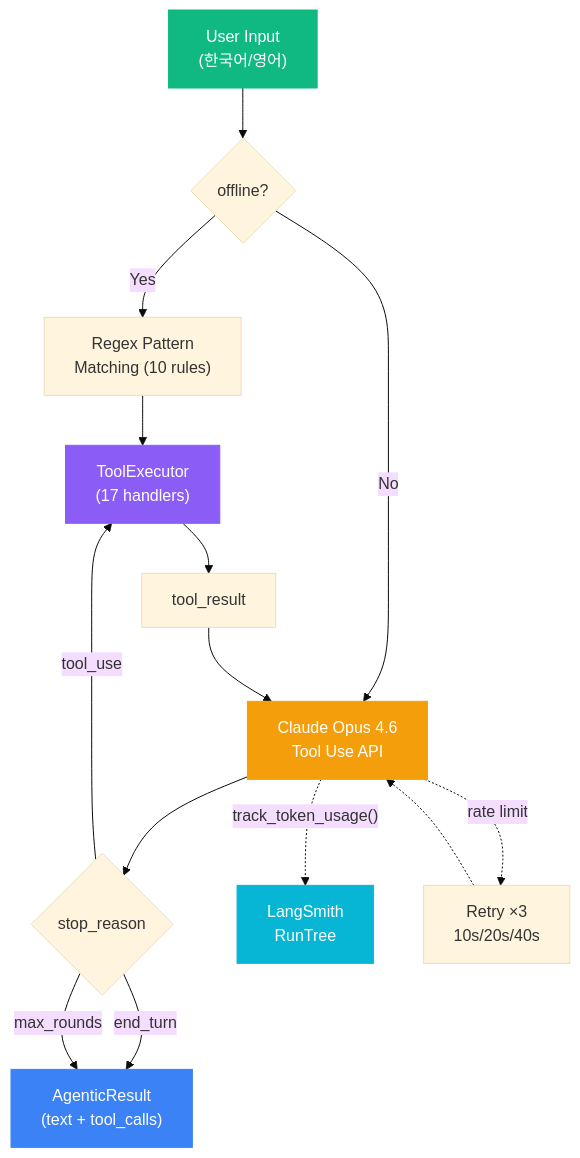
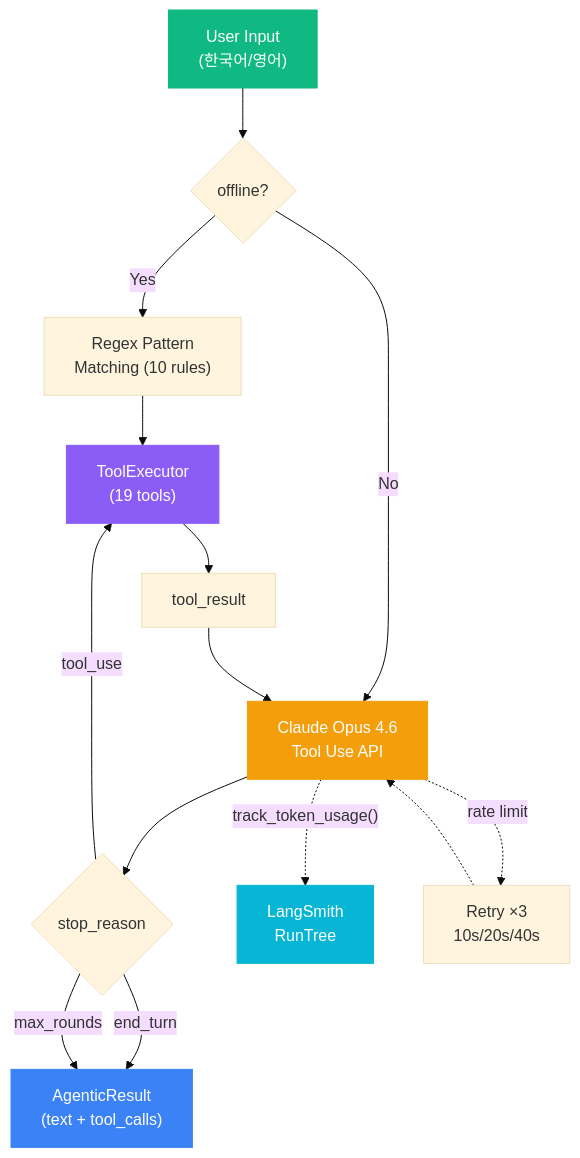
The third of 12 diagrams in README.md (mangowhoiscloud/geode), drawn with Mermaid (base theme) before and after one commit. The commit also changed other lines of this file, not shown here.

First line of the commit message:
docs(readme): 정합성 수정 + mermaid 보충 서술 추가

````diff
--- a/README.md
+++ b/README.md
@@ -136,23 +156,23 @@
 ```mermaid
 graph TB
     Input["User Input<br/>(한국어/영어)"] --> Mode{offline?}
     Mode -->|Yes| Regex["Regex Pattern<br/>Matching (10 rules)"]
     Mode -->|No| LLM["Claude Opus 4.6<br/>Tool Use API"]
     Regex --> Exec
     LLM --> Decision{stop_reason}
-    Decision -->|tool_use| Exec["ToolExecutor<br/>(17 handlers)"]
+    Decision -->|tool_use| Exec["ToolExecutor<br/>(19 tools)"]
     Exec --> Results["tool_result"]
     Results --> LLM
     Decision -->|end_turn| Output["AgenticResult<br/>(text + tool_calls)"]
     Decision -->|max_rounds| Output
 
     LLM -.->|"track_token_usage()"| LS["LangSmith<br/>RunTree"]
     LLM -.->|"rate limit"| Retry["Retry ×3<br/>10s/20s/40s"]
     Retry -.-> LLM
 
     style Input fill:#10b981,stroke:#10b981,color:#fff
     style Output fill:#3b82f6,stroke:#3b82f6,color:#fff
     style LLM fill:#f59e0b,stroke:#f59e0b,color:#fff
     style Exec fill:#8b5cf6,stroke:#8b5cf6,color:#fff
     style LS fill:#06b6d4,stroke:#06b6d4,color:#fff
 ```
````
